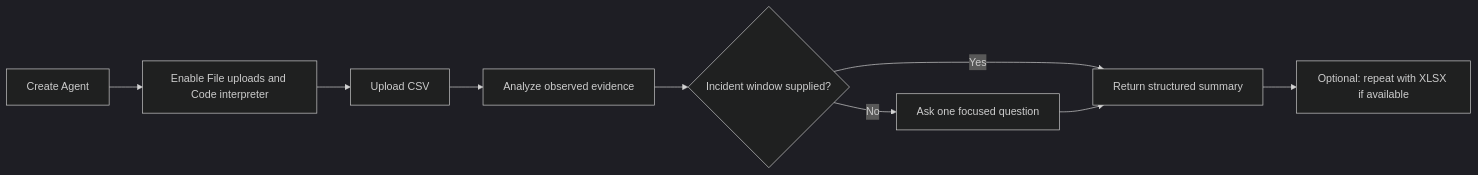
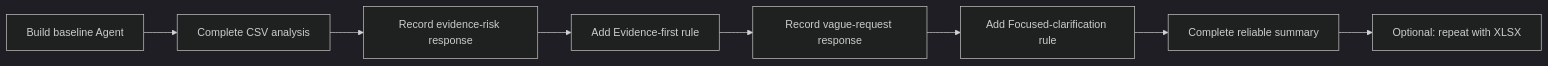
Before and after one commit to teerasej/ptt-gc-ai-creatiion-public: the diagram in exercises/module-2/exercise-6-engine-anomaly-review-assistant/README.md, drawn with Mermaid (dark theme). The commit also changed other lines of this file, not shown here.

````diff
--- a/exercises/module-2/exercise-6-engine-anomaly-review-assistant/README.md
+++ b/exercises/module-2/exercise-6-engine-anomaly-review-assistant/README.md
@@ -15,11 +15,10 @@
 ```mermaid
 flowchart LR
-    A[Create Agent] --> B[Enable File uploads and Code interpreter]
-    B --> C[Upload CSV]
-    C --> D[Analyze observed evidence]
-    D --> E{Incident window supplied?}
-    E -->|Yes| F[Return structured summary]
-    E -->|No| G[Ask one focused question]
-    G --> F
-    F --> H[Optional: repeat with XLSX if available]
+    A[Build baseline Agent] --> B[Complete CSV analysis]
+    B --> C[Record evidence-risk response]
+    C --> D[Add Evidence-first rule]
+    D --> E[Record vague-request response]
+    E --> F[Add Focused-clarification rule]
+    F --> G[Complete reliable summary]
+    G --> H[Optional: repeat with XLSX]
 ```
````
